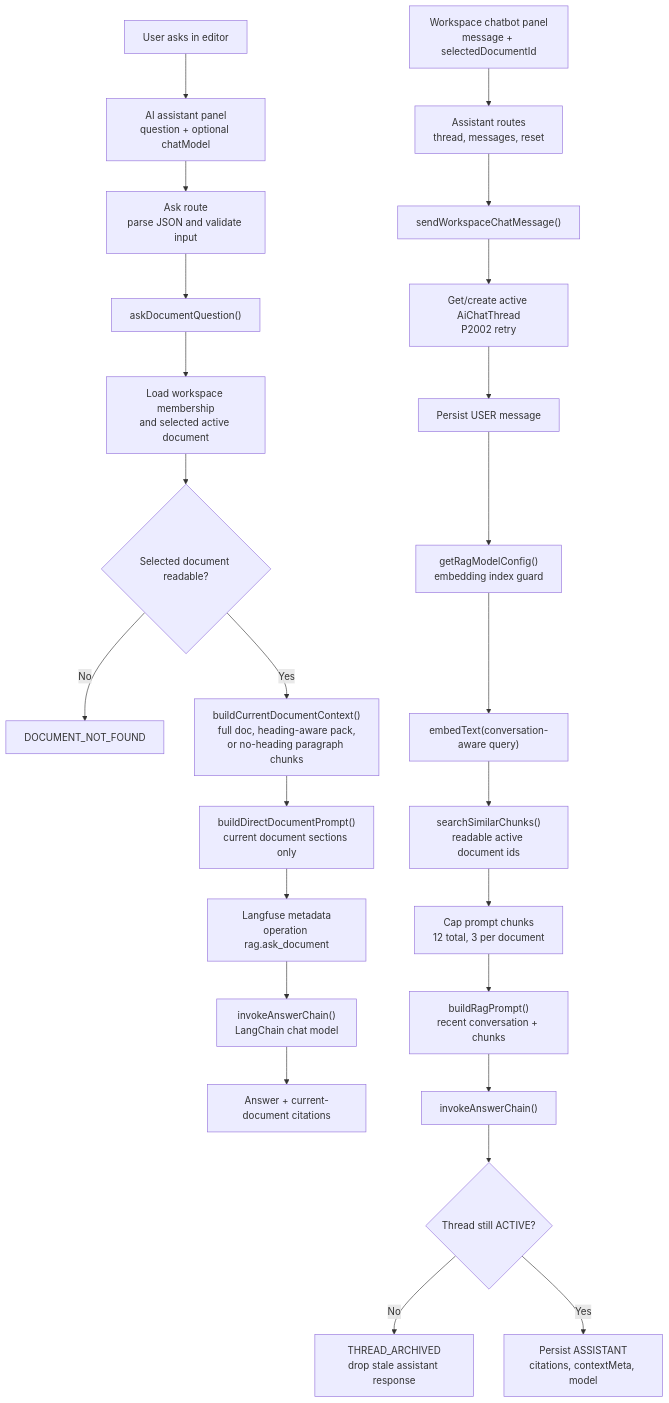
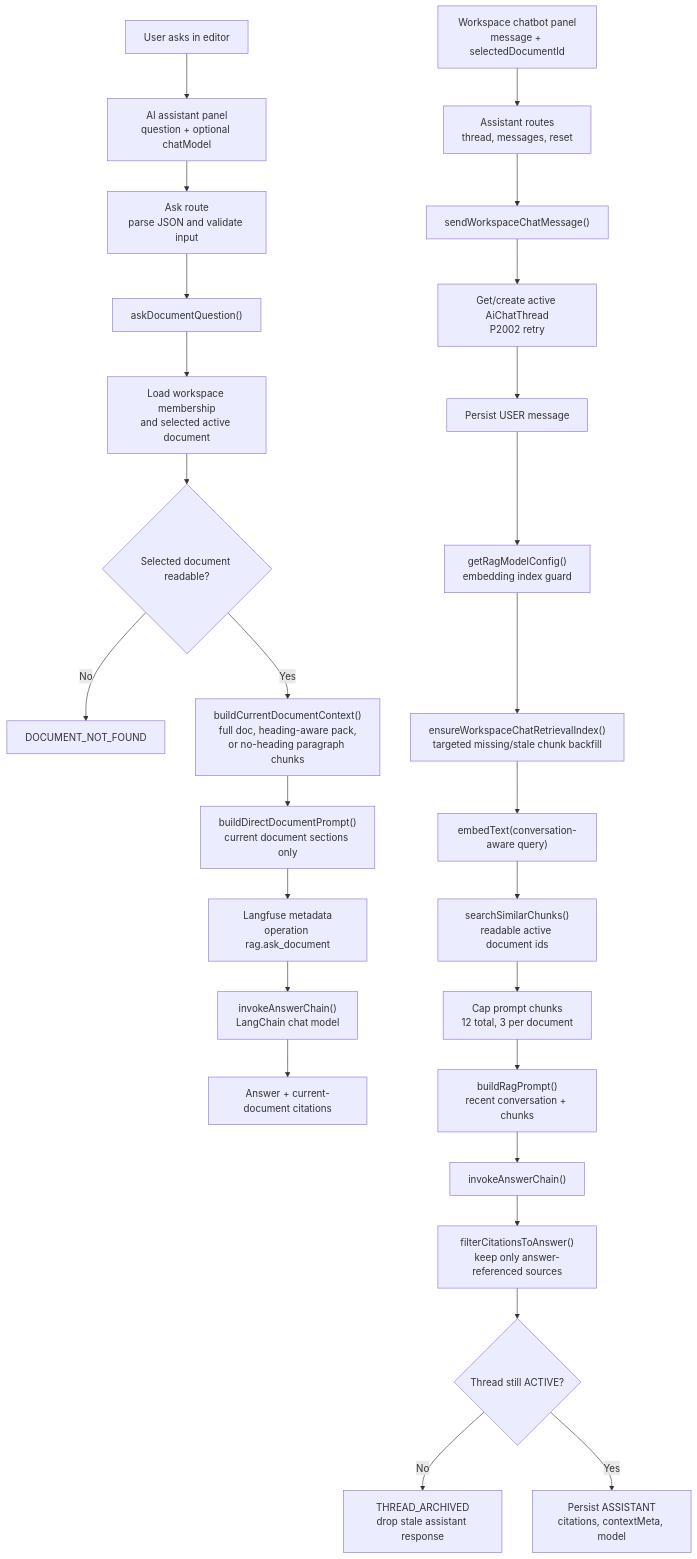
One commit to dschoi30/munjib changed the first of 2 diagrams in wiki/RAG Process Workflow.md. Above: the diagram before and after it, drawn with Mermaid. The commit also changed other lines of this file and 10 other files, not shown here.

Commit message:
fix: improve workspace ai retrieval citations

````diff
--- a/wiki/RAG Process Workflow.md
+++ b/wiki/RAG Process Workflow.md
@@ -37,28 +37,30 @@
 ```mermaid
 flowchart TD
     User["User asks in editor"] --> Panel["AI assistant panel<br/>question + optional chatModel"]
     Panel --> AskRoute["Ask route<br/>parse JSON and validate input"]
     AskRoute --> AskService["askDocumentQuestion()"]
     AskService --> AskPermission["Load workspace membership<br/>and selected active document"]
     AskPermission --> AskReadable{"Selected document readable?"}
     AskReadable -- "No" --> AskNotFound["DOCUMENT_NOT_FOUND"]
     AskReadable -- "Yes" --> AskContext["buildCurrentDocumentContext()<br/>full doc, heading-aware pack,<br/>or no-heading paragraph chunks"]
     AskContext --> AskPrompt["buildDirectDocumentPrompt()<br/>current document sections only"]
     AskPrompt --> AskTrace["Langfuse metadata<br/>operation rag.ask_document"]
     AskTrace --> AskAnswer["invokeAnswerChain()<br/>LangChain chat model"]
     AskAnswer --> AskUI["Answer + current-document citations"]
 
     ChatUser["Workspace chatbot panel<br/>message + selectedDocumentId"] --> ChatRoute["Assistant routes<br/>thread, messages, reset"]
     ChatRoute --> ChatService["sendWorkspaceChatMessage()"]
     ChatService --> Thread["Get/create active AiChatThread<br/>P2002 retry"]
     Thread --> UserMessage["Persist USER message"]
     UserMessage --> ChatConfig["getRagModelConfig()<br/>embedding index guard"]
-    ChatConfig --> ChatEmbed["embedText(conversation-aware query)"]
+    ChatConfig --> ChatBackfill["ensureWorkspaceChatRetrievalIndex()<br/>targeted missing/stale chunk backfill"]
+    ChatBackfill --> ChatEmbed["embedText(conversation-aware query)"]
     ChatEmbed --> ChatSearch["searchSimilarChunks()<br/>readable active document ids"]
     ChatSearch --> ChatCap["Cap prompt chunks<br/>12 total, 3 per document"]
     ChatCap --> ChatPrompt["buildRagPrompt()<br/>recent conversation + chunks"]
     ChatPrompt --> ChatAnswer["invokeAnswerChain()"]
-    ChatAnswer --> ActiveCheck{"Thread still ACTIVE?"}
+    ChatAnswer --> UsedCitations["filterCitationsToAnswer()<br/>keep only answer-referenced sources"]
+    UsedCitations --> ActiveCheck{"Thread still ACTIVE?"}
     ActiveCheck -- "No" --> Stale["THREAD_ARCHIVED<br/>drop stale assistant response"]
     ActiveCheck -- "Yes" --> Persist["Persist ASSISTANT<br/>citations, contextMeta, model"]
 ```
````
